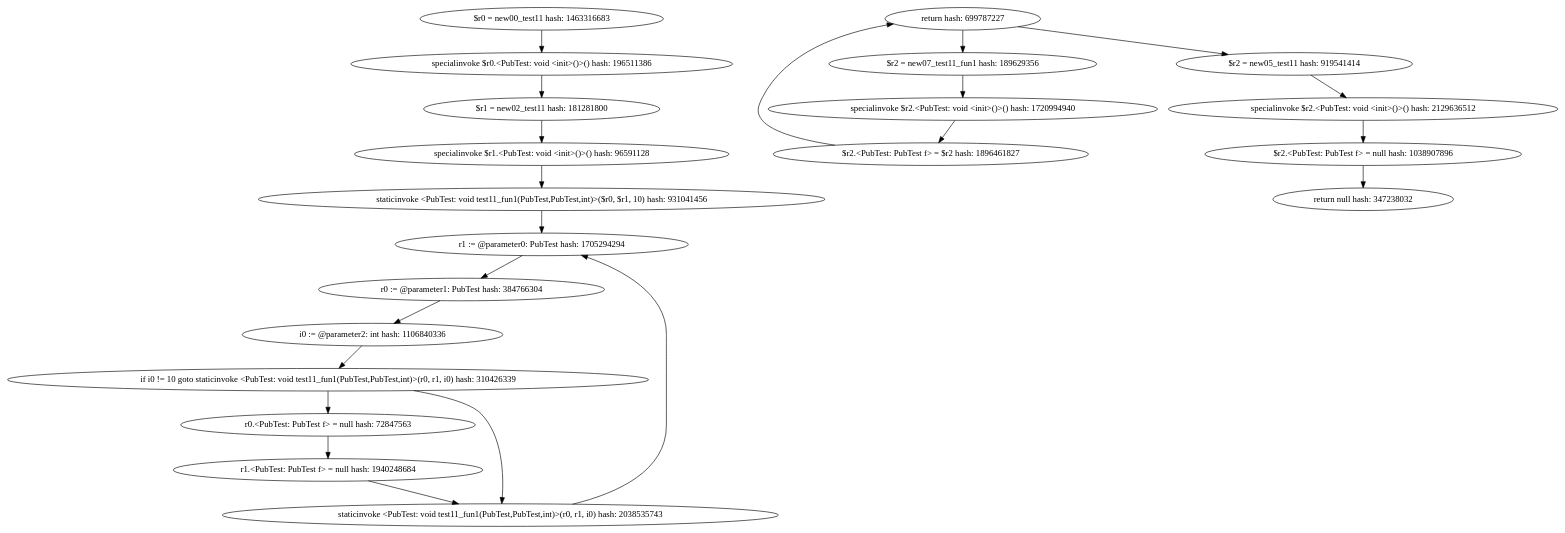
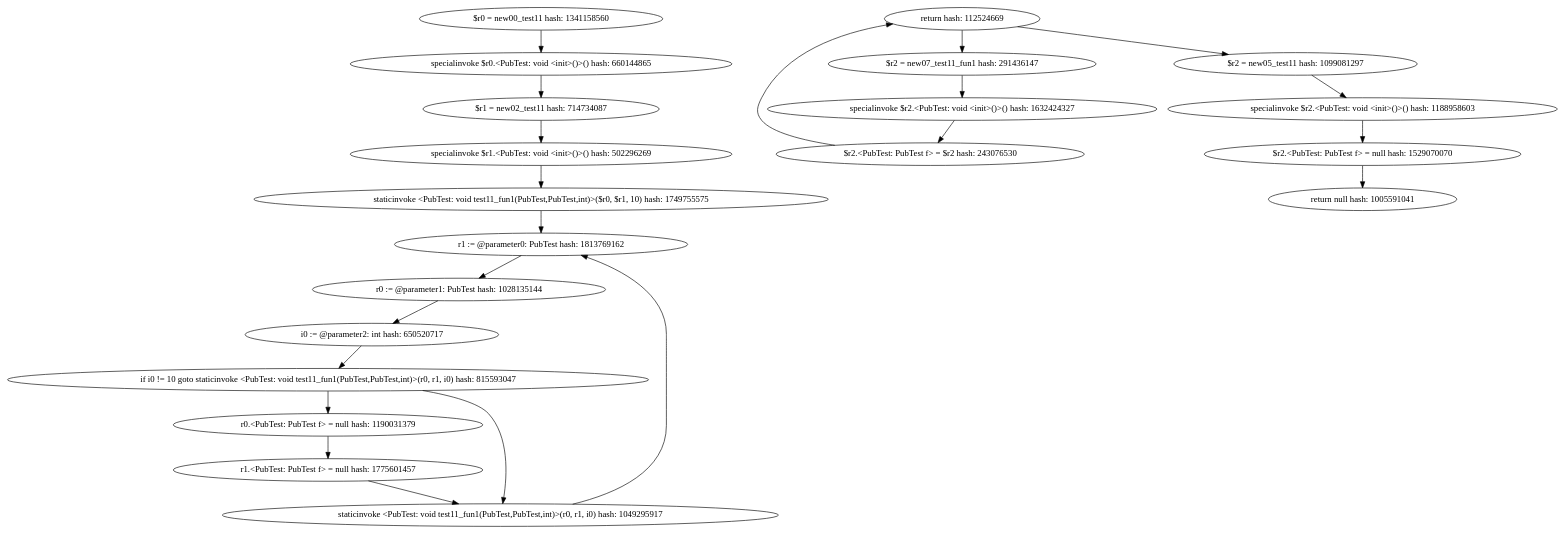
One commit to khushit-shah/PointsToAnalysisJava changed the diagram in target1-pub/PubTest.test11.intra.debug.dot. Above: the diagram before and after it, drawn with Graphviz. The commit also changed 134 other files, not shown here.

```diff
--- a/target1-pub/PubTest.test11.intra.debug.dot
+++ b/target1-pub/PubTest.test11.intra.debug.dot
@@ -1,43 +1,43 @@
 digraph "./target1-pub/PubTest.test11.intra.debug" {
-    "$r0 = new00_test11 hash: 1463316683";
-    "specialinvoke $r0.<PubTest: void <init>()>() hash: 196511386";
-    "$r1 = new02_test11 hash: 181281800";
-    "specialinvoke $r1.<PubTest: void <init>()>() hash: 96591128";
-    "staticinvoke <PubTest: void test11_fun1(PubTest,PubTest,int)>($r0, $r1, 10) hash: 931041456";
-    "$r2 = new05_test11 hash: 919541414";
-    "specialinvoke $r2.<PubTest: void <init>()>() hash: 2129636512";
-    "$r2.<PubTest: PubTest f> = null hash: 1038907896";
-    "return null hash: 347238032";
-    "r1 := @parameter0: PubTest hash: 1705294294";
-    "r0 := @parameter1: PubTest hash: 384766304";
-    "i0 := @parameter2: int hash: 1106840336";
-    "if i0 != 10 goto staticinvoke <PubTest: void test11_fun1(PubTest,PubTest,int)>(r0, r1, i0) hash: 310426339";
-    "r0.<PubTest: PubTest f> = null hash: 72847563";
-    "r1.<PubTest: PubTest f> = null hash: 1940248684";
-    "staticinvoke <PubTest: void test11_fun1(PubTest,PubTest,int)>(r0, r1, i0) hash: 2038535743";
-    "$r2 = new07_test11_fun1 hash: 189629356";
-    "specialinvoke $r2.<PubTest: void <init>()>() hash: 1720994940";
-    "$r2.<PubTest: PubTest f> = $r2 hash: 1896461827";
-    "return hash: 699787227";
-    "$r0 = new00_test11 hash: 1463316683"->"specialinvoke $r0.<PubTest: void <init>()>() hash: 196511386";
-    "specialinvoke $r0.<PubTest: void <init>()>() hash: 196511386"->"$r1 = new02_test11 hash: 181281800";
-    "$r1 = new02_test11 hash: 181281800"->"specialinvoke $r1.<PubTest: void <init>()>() hash: 96591128";
-    "specialinvoke $r1.<PubTest: void <init>()>() hash: 96591128"->"staticinvoke <PubTest: void test11_fun1(PubTest,PubTest,int)>($r0, $r1, 10) hash: 931041456";
-    "staticinvoke <PubTest: void test11_fun1(PubTest,PubTest,int)>($r0, $r1, 10) hash: 931041456"->"r1 := @parameter0: PubTest hash: 1705294294";
-    "$r2 = new05_test11 hash: 919541414"->"specialinvoke $r2.<PubTest: void <init>()>() hash: 2129636512";
-    "specialinvoke $r2.<PubTest: void <init>()>() hash: 2129636512"->"$r2.<PubTest: PubTest f> = null hash: 1038907896";
-    "$r2.<PubTest: PubTest f> = null hash: 1038907896"->"return null hash: 347238032";
-    "r1 := @parameter0: PubTest hash: 1705294294"->"r0 := @parameter1: PubTest hash: 384766304";
-    "r0 := @parameter1: PubTest hash: 384766304"->"i0 := @parameter2: int hash: 1106840336";
-    "i0 := @parameter2: int hash: 1106840336"->"if i0 != 10 goto staticinvoke <PubTest: void test11_fun1(PubTest,PubTest,int)>(r0, r1, i0) hash: 310426339";
-    "if i0 != 10 goto staticinvoke <PubTest: void test11_fun1(PubTest,PubTest,int)>(r0, r1, i0) hash: 310426339"->"r0.<PubTest: PubTest f> = null hash: 72847563";
-    "if i0 != 10 goto staticinvoke <PubTest: void test11_fun1(PubTest,PubTest,int)>(r0, r1, i0) hash: 310426339"->"staticinvoke <PubTest: void test11_fun1(PubTest,PubTest,int)>(r0, r1, i0) hash: 2038535743";
-    "r0.<PubTest: PubTest f> = null hash: 72847563"->"r1.<PubTest: PubTest f> = null hash: 1940248684";
-    "r1.<PubTest: PubTest f> = null hash: 1940248684"->"staticinvoke <PubTest: void test11_fun1(PubTest,PubTest,int)>(r0, r1, i0) hash: 2038535743";
-    "staticinvoke <PubTest: void test11_fun1(PubTest,PubTest,int)>(r0, r1, i0) hash: 2038535743"->"r1 := @parameter0: PubTest hash: 1705294294";
-    "$r2 = new07_test11_fun1 hash: 189629356"->"specialinvoke $r2.<PubTest: void <init>()>() hash: 1720994940";
-    "specialinvoke $r2.<PubTest: void <init>()>() hash: 1720994940"->"$r2.<PubTest: PubTest f> = $r2 hash: 1896461827";
-    "$r2.<PubTest: PubTest f> = $r2 hash: 1896461827"->"return hash: 699787227";
-    "return hash: 699787227"->"$r2 = new05_test11 hash: 919541414";
-    "return hash: 699787227"->"$r2 = new07_test11_fun1 hash: 189629356";
+    "$r0 = new00_test11 hash: 1341158560";
+    "specialinvoke $r0.<PubTest: void <init>()>() hash: 660144865";
+    "$r1 = new02_test11 hash: 714734087";
+    "specialinvoke $r1.<PubTest: void <init>()>() hash: 502296269";
+    "staticinvoke <PubTest: void test11_fun1(PubTest,PubTest,int)>($r0, $r1, 10) hash: 1749755575";
+    "$r2 = new05_test11 hash: 1099081297";
+    "specialinvoke $r2.<PubTest: void <init>()>() hash: 1188958603";
+    "$r2.<PubTest: PubTest f> = null hash: 1529070070";
+    "return null hash: 1005591041";
+    "r1 := @parameter0: PubTest hash: 1813769162";
+    "r0 := @parameter1: PubTest hash: 1028135144";
+    "i0 := @parameter2: int hash: 650520717";
+    "if i0 != 10 goto staticinvoke <PubTest: void test11_fun1(PubTest,PubTest,int)>(r0, r1, i0) hash: 815593047";
+    "r0.<PubTest: PubTest f> = null hash: 1190031379";
+    "r1.<PubTest: PubTest f> = null hash: 1775601457";
+    "staticinvoke <PubTest: void test11_fun1(PubTest,PubTest,int)>(r0, r1, i0) hash: 1049295917";
+    "$r2 = new07_test11_fun1 hash: 291436147";
+    "specialinvoke $r2.<PubTest: void <init>()>() hash: 1632424327";
+    "$r2.<PubTest: PubTest f> = $r2 hash: 243076530";
+    "return hash: 112524669";
+    "$r0 = new00_test11 hash: 1341158560"->"specialinvoke $r0.<PubTest: void <init>()>() hash: 660144865";
+    "specialinvoke $r0.<PubTest: void <init>()>() hash: 660144865"->"$r1 = new02_test11 hash: 714734087";
+    "$r1 = new02_test11 hash: 714734087"->"specialinvoke $r1.<PubTest: void <init>()>() hash: 502296269";
+    "specialinvoke $r1.<PubTest: void <init>()>() hash: 502296269"->"staticinvoke <PubTest: void test11_fun1(PubTest,PubTest,int)>($r0, $r1, 10) hash: 1749755575";
+    "staticinvoke <PubTest: void test11_fun1(PubTest,PubTest,int)>($r0, $r1, 10) hash: 1749755575"->"r1 := @parameter0: PubTest hash: 1813769162";
+    "$r2 = new05_test11 hash: 1099081297"->"specialinvoke $r2.<PubTest: void <init>()>() hash: 1188958603";
+    "specialinvoke $r2.<PubTest: void <init>()>() hash: 1188958603"->"$r2.<PubTest: PubTest f> = null hash: 1529070070";
+    "$r2.<PubTest: PubTest f> = null hash: 1529070070"->"return null hash: 1005591041";
+    "r1 := @parameter0: PubTest hash: 1813769162"->"r0 := @parameter1: PubTest hash: 1028135144";
+    "r0 := @parameter1: PubTest hash: 1028135144"->"i0 := @parameter2: int hash: 650520717";
+    "i0 := @parameter2: int hash: 650520717"->"if i0 != 10 goto staticinvoke <PubTest: void test11_fun1(PubTest,PubTest,int)>(r0, r1, i0) hash: 815593047";
+    "if i0 != 10 goto staticinvoke <PubTest: void test11_fun1(PubTest,PubTest,int)>(r0, r1, i0) hash: 815593047"->"r0.<PubTest: PubTest f> = null hash: 1190031379";
+    "if i0 != 10 goto staticinvoke <PubTest: void test11_fun1(PubTest,PubTest,int)>(r0, r1, i0) hash: 815593047"->"staticinvoke <PubTest: void test11_fun1(PubTest,PubTest,int)>(r0, r1, i0) hash: 1049295917";
+    "r0.<PubTest: PubTest f> = null hash: 1190031379"->"r1.<PubTest: PubTest f> = null hash: 1775601457";
+    "r1.<PubTest: PubTest f> = null hash: 1775601457"->"staticinvoke <PubTest: void test11_fun1(PubTest,PubTest,int)>(r0, r1, i0) hash: 1049295917";
+    "staticinvoke <PubTest: void test11_fun1(PubTest,PubTest,int)>(r0, r1, i0) hash: 1049295917"->"r1 := @parameter0: PubTest hash: 1813769162";
+    "$r2 = new07_test11_fun1 hash: 291436147"->"specialinvoke $r2.<PubTest: void <init>()>() hash: 1632424327";
+    "specialinvoke $r2.<PubTest: void <init>()>() hash: 1632424327"->"$r2.<PubTest: PubTest f> = $r2 hash: 243076530";
+    "$r2.<PubTest: PubTest f> = $r2 hash: 243076530"->"return hash: 112524669";
+    "return hash: 112524669"->"$r2 = new05_test11 hash: 1099081297";
+    "return hash: 112524669"->"$r2 = new07_test11_fun1 hash: 291436147";
 }
```
